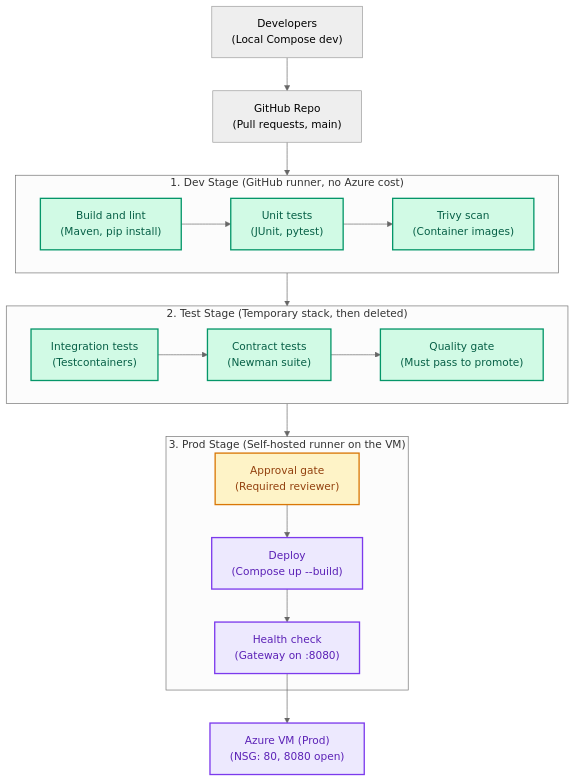
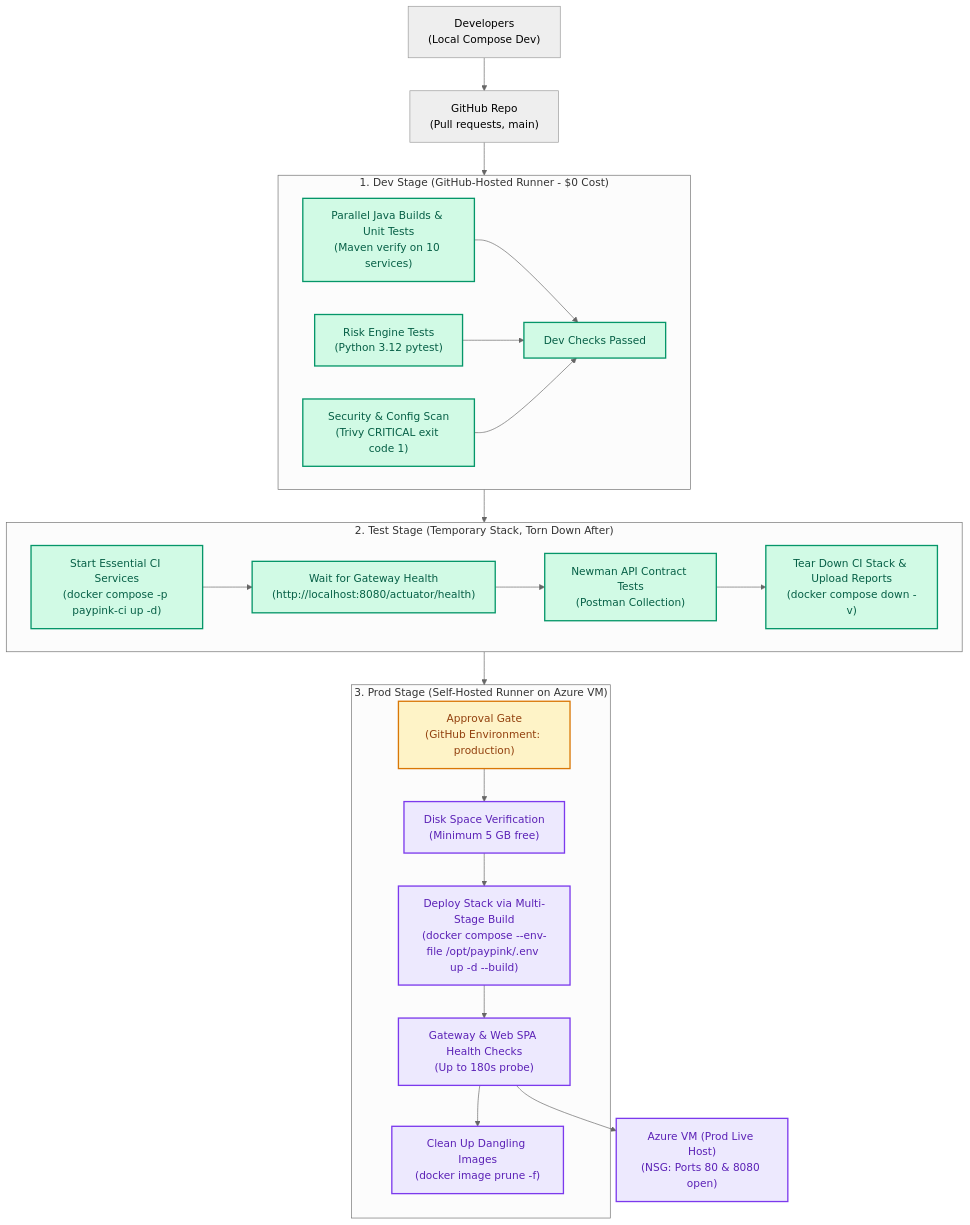
Before and after one commit to TechStart-Integration-Capstone/Integrated-Capstone: the second of 2 diagrams in docs/AZURE_DEPLOYMENT_GUIDE.md, drawn with Mermaid (neutral theme). The commit also changed other lines of this file and 4 other files, not shown here.

Commit message:
feat: add GitHub Actions CI/CD pipeline, Azure deployment guide, and automation scripts

````diff
--- a/docs/AZURE_DEPLOYMENT_GUIDE.md
+++ b/docs/AZURE_DEPLOYMENT_GUIDE.md
@@ -84,40 +84,45 @@
 ```mermaid
 flowchart TD
-    Devs["Developers\n(Local Compose dev)"] --> Repo["GitHub Repo\n(Pull requests, main)"]
+    Devs["Developers\n(Local Compose Dev)"] --> Repo["GitHub Repo\n(Pull requests, main)"]
     Repo --> S1
 
-    subgraph S1["1. Dev Stage (GitHub runner, no Azure cost)"]
-        S1_Build["Build and lint\n(Maven, pip install)"]
-        S1_Unit["Unit tests\n(JUnit, pytest)"]
-        S1_Trivy["Trivy scan\n(Container images)"]
-        S1_Build --> S1_Unit --> S1_Trivy
+    subgraph S1["1. Dev Stage (GitHub-Hosted Runner - $0 Cost)"]
+        S1_Build["Parallel Java Builds & Unit Tests\n(Maven verify on 10 services)"]
+        S1_Pytest["Risk Engine Tests\n(Python 3.12 pytest)"]
+        S1_Trivy["Security & Config Scan\n(Trivy CRITICAL exit code 1)"]
+        S1_Build --> S1_Unit_Done["Dev Checks Passed"]
+        S1_Pytest --> S1_Unit_Done
+        S1_Trivy --> S1_Unit_Done
     end
 
     S1 --> S2
 
-    subgraph S2["2. Test Stage (Temporary stack, then deleted)"]
-        S2_Integ["Integration tests\n(Testcontainers)"]
-        S2_Contract["Contract tests\n(Newman suite)"]
-        S2_Gate["Quality gate\n(Must pass to promote)"]
-        S2_Integ --> S2_Contract --> S2_Gate
+    subgraph S2["2. Test Stage (Temporary Stack, Torn Down After)"]
+        S2_Up["Start Essential CI Services\n(docker compose -p paypink-ci up -d)"]
+        S2_Health["Wait for Gateway Health\n(http://localhost:8080/actuator/health)"]
+        S2_Contract["Newman API Contract Tests\n(Postman Collection)"]
+        S2_Teardown["Tear Down CI Stack & Upload Reports\n(docker compose down -v)"]
+        S2_Up --> S2_Health --> S2_Contract --> S2_Teardown
     end
 
     S2 --> S3
 
-    subgraph S3["3. Prod Stage (Self-hosted runner on the VM)"]
-        S3_Approval["Approval gate\n(Required reviewer)"]
-        S3_Deploy["Deploy\n(Compose up --build)"]
-        S3_Health["Health check\n(Gateway on :8080)"]
-        S3_Approval --> S3_Deploy --> S3_Health
+    subgraph S3["3. Prod Stage (Self-Hosted Runner on Azure VM)"]
+        S3_Gate["Approval Gate\n(GitHub Environment: production)"]
+        S3_Disk["Disk Space Verification\n(Minimum 5 GB free)"]
+        S3_Deploy["Deploy Stack via Multi-Stage Build\n(docker compose --env-file /opt/paypink/.env up -d --build)"]
+        S3_Health["Gateway & Web SPA Health Checks\n(Up to 180s probe)"]
+        S3_Prune["Clean Up Dangling Images\n(docker image prune -f)"]
+        S3_Gate --> S3_Disk --> S3_Deploy --> S3_Health --> S3_Prune
     end
 
-    S3_Health --> AzureVM["Azure VM (Prod)\n(NSG: 80, 8080 open)"]
+    S3_Health --> AzureVM["Azure VM (Prod Live Host)\n(NSG: Ports 80 & 8080 open)"]
 
     classDef auto fill:#d1fae5,stroke:#059669,stroke-width:2px,color:#065f46;
     classDef manual fill:#fef3c7,stroke:#d97706,stroke-width:2px,color:#92400e;
     classDef prod fill:#ede9fe,stroke:#7c3aed,stroke-width:2px,color:#5b21b6;
 
-    class S1_Build,S1_Unit,S1_Trivy,S2_Integ,S2_Contract,S2_Gate auto;
-    class S3_Approval manual;
-    class S3_Deploy,S3_Health,AzureVM prod;
+    class S1_Build,S1_Pytest,S1_Trivy,S1_Unit_Done,S2_Up,S2_Health,S2_Contract,S2_Teardown auto;
+    class S3_Gate manual;
+    class S3_Disk,S3_Deploy,S3_Health,S3_Prune,AzureVM prod;
 ```
````
